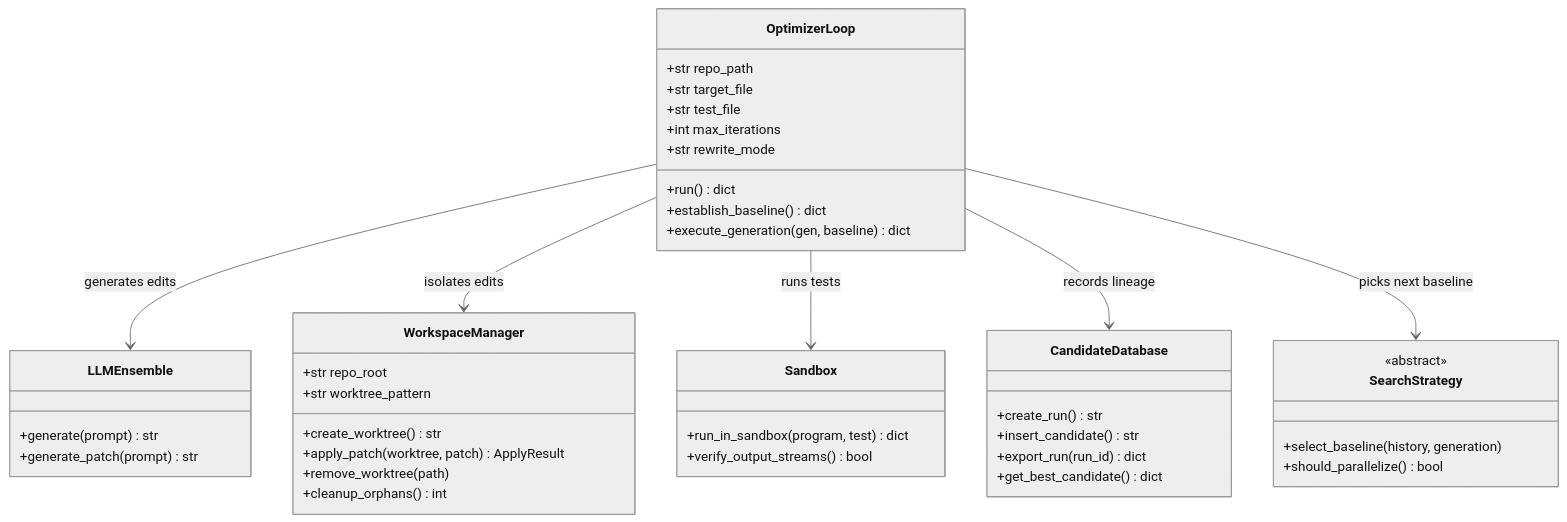
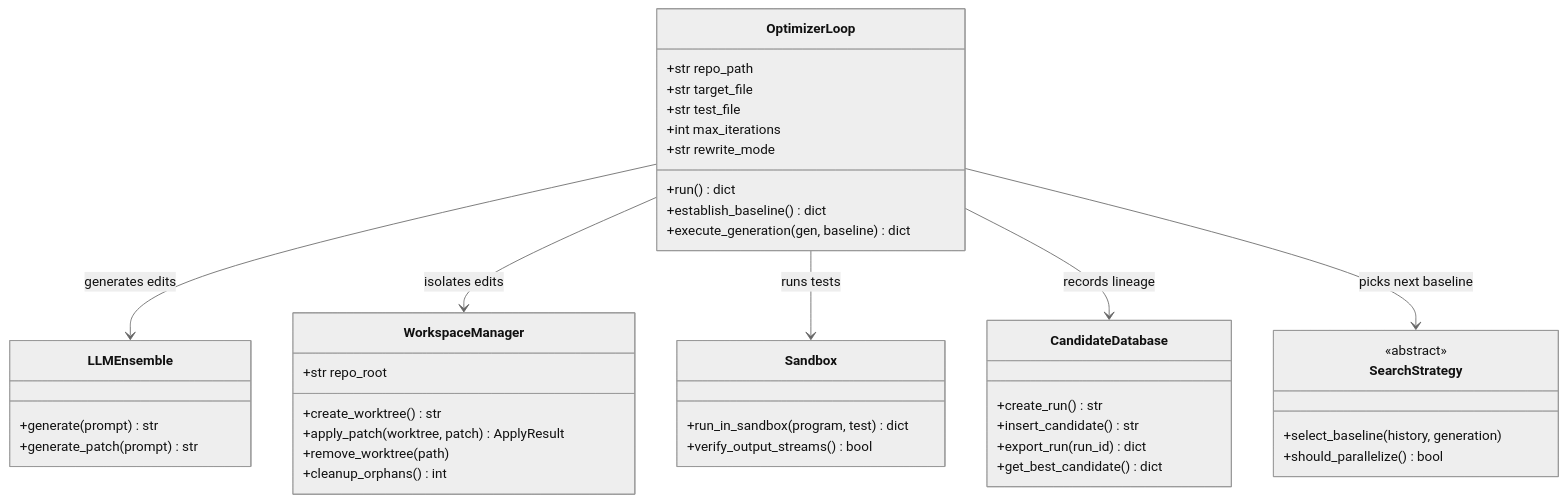
The fourth of 4 diagrams in docs/architecture/README.md (manashatwar/LoopBench-Optimizer), drawn with Mermaid (neutral theme) before and after one commit. The commit also changed other lines of this file, not shown here.

Commit message:
docs(architecture): correct system diagrams to match default auto/difflib flow

````diff
--- a/docs/architecture/README.md
+++ b/docs/architecture/README.md
@@ -97,46 +99,45 @@
 ```mermaid
 classDiagram
     class OptimizerLoop {
       +str repo_path
       +str target_file
       +str test_file
       +int max_iterations
       +str rewrite_mode
       +run() dict
       +establish_baseline() dict
       +execute_generation(gen, baseline) dict
     }
     class WorkspaceManager {
       +str repo_root
-      +str worktree_pattern
       +create_worktree() str
       +apply_patch(worktree, patch) ApplyResult
       +remove_worktree(path)
       +cleanup_orphans() int
     }
     class LLMEnsemble {
       +generate(prompt) str
       +generate_patch(prompt) str
     }
     class CandidateDatabase {
       +create_run() str
       +insert_candidate() str
       +export_run(run_id) dict
       +get_best_candidate() dict
     }
     class Sandbox {
       +run_in_sandbox(program, test) dict
       +verify_output_streams() bool
     }
     class SearchStrategy {
       <<abstract>>
       +select_baseline(history, generation)
       +should_parallelize() bool
     }
 
     OptimizerLoop --> LLMEnsemble : generates edits
     OptimizerLoop --> WorkspaceManager : isolates edits
     OptimizerLoop --> Sandbox : runs tests
     OptimizerLoop --> CandidateDatabase : records lineage
     OptimizerLoop --> SearchStrategy : picks next baseline
 ```
````
